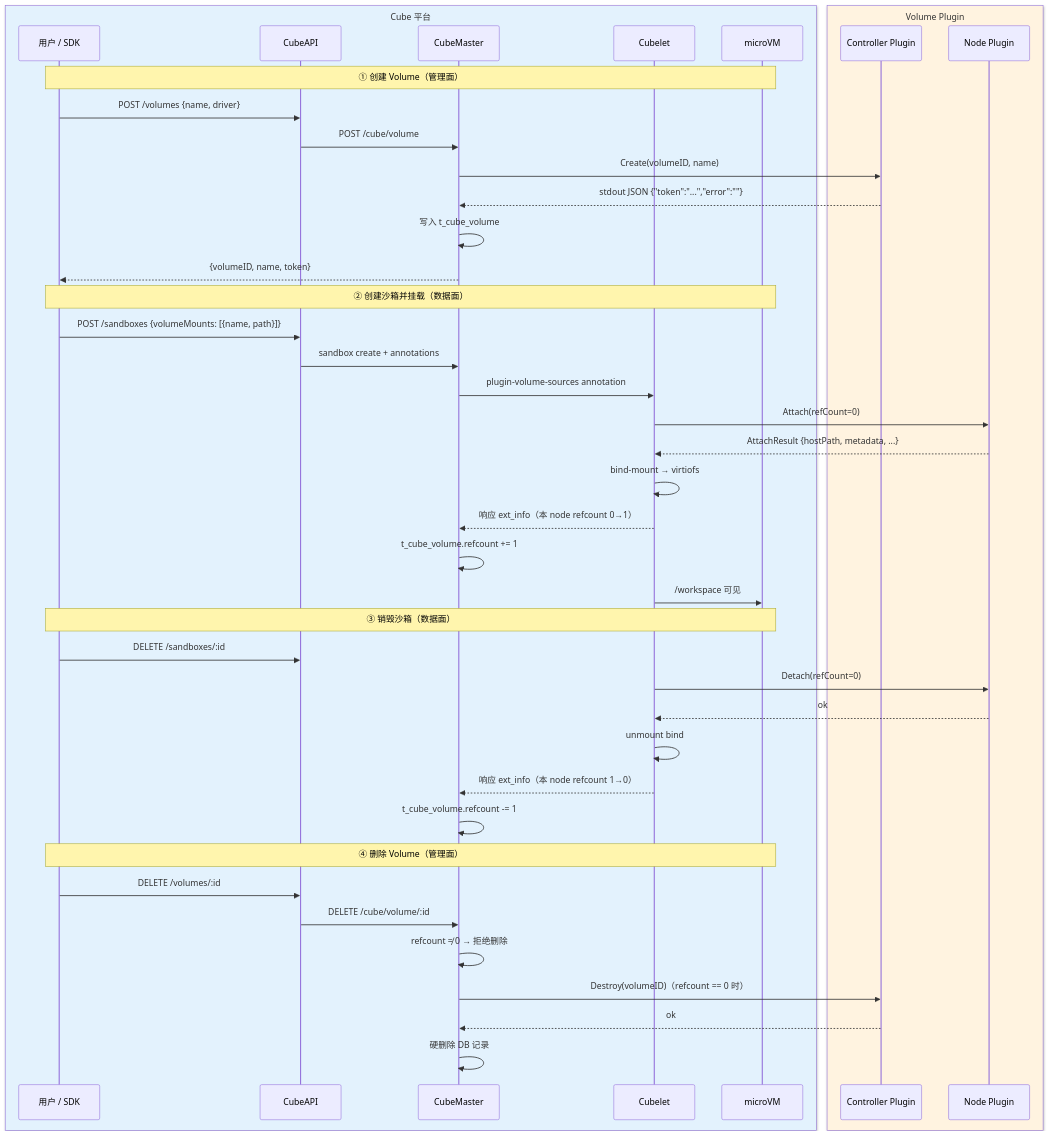
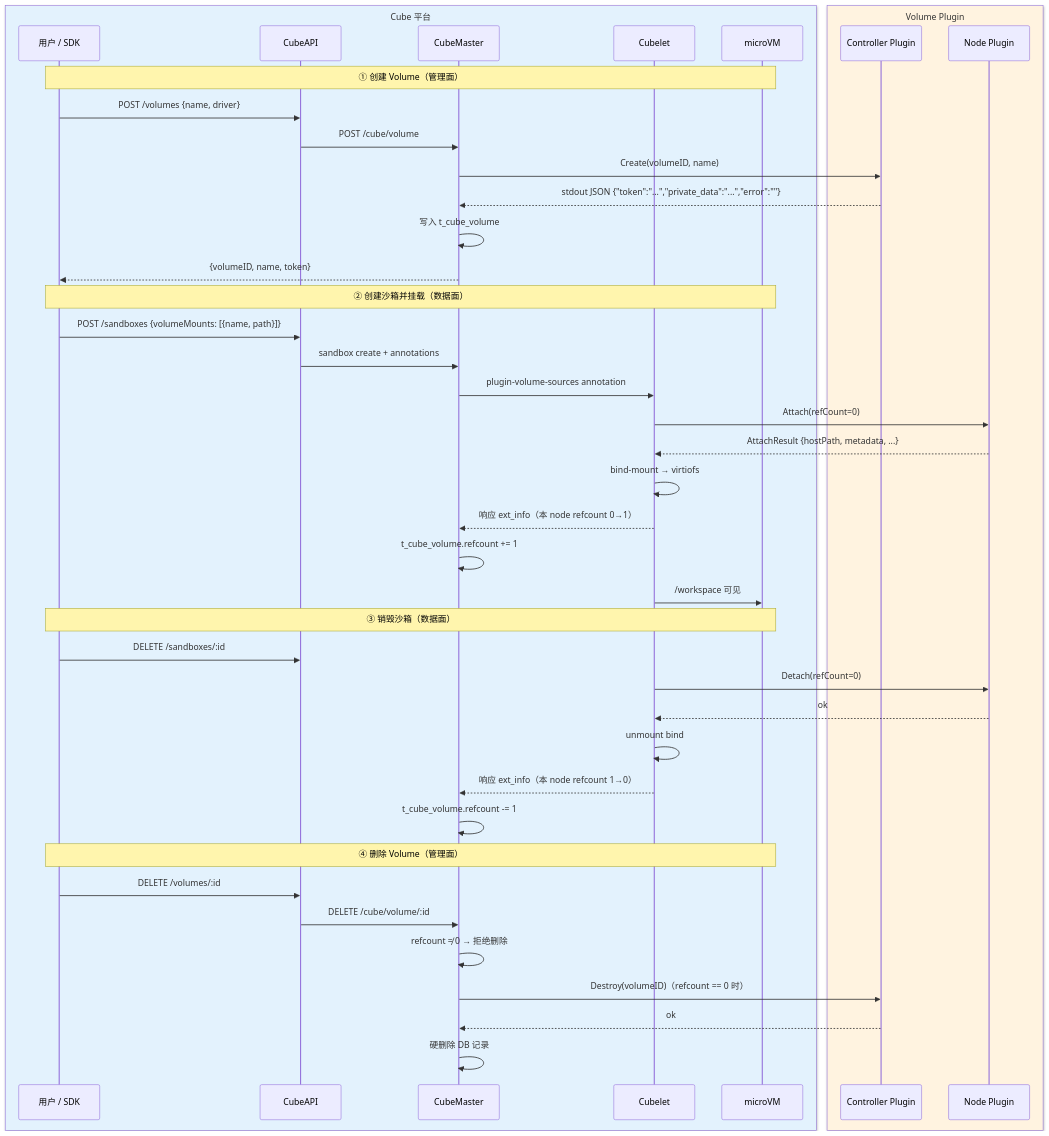
The fourth of 4 diagrams in docs/zh/guide/volume-plugin.md (TencentCloud/CubeSandbox), drawn with Mermaid before and after one commit. The commit also changed other lines of this file and 29 other files, not shown here.

First line of the commit message:
feat(volume): pass Create private_data through to Attach

````diff
--- a/docs/zh/guide/volume-plugin.md
+++ b/docs/zh/guide/volume-plugin.md
@@ -305,49 +309,49 @@
 ```mermaid
 sequenceDiagram
     box rgba(227,242,253,1) Cube 平台
         participant U as 用户 / SDK
         participant API as CubeAPI
         participant M as CubeMaster
         participant L as Cubelet
         participant VM as microVM
     end
     box rgba(255,243,224,1) Volume Plugin
         participant P as Controller Plugin
         participant N as Node Plugin
     end
 
     Note over U,VM: ① 创建 Volume（管理面）
     U->>API: POST /volumes {name, driver}
     API->>M: POST /cube/volume
     M->>P: Create(volumeID, name)
-    P-->>M: stdout JSON {"token":"...","error":""}
+    P-->>M: stdout JSON {"token":"...","private_data":"...","error":""}
     M->>M: 写入 t_cube_volume
     M-->>U: {volumeID, name, token}
 
     Note over U,VM: ② 创建沙箱并挂载（数据面）
     U->>API: POST /sandboxes {volumeMounts: [{name, path}]}
     API->>M: sandbox create + annotations
     M->>L: plugin-volume-sources annotation
     L->>N: Attach(refCount=0)
     N-->>L: AttachResult {hostPath, metadata, ...}
     L->>L: bind-mount → virtiofs
     L-->>M: 响应 ext_info（本 node refcount 0→1）
     M->>M: t_cube_volume.refcount += 1
     L->>VM: /workspace 可见
 
     Note over U,VM: ③ 销毁沙箱（数据面）
     U->>API: DELETE /sandboxes/:id
     L->>N: Detach(refCount=0)
     N-->>L: ok
     L->>L: unmount bind
     L-->>M: 响应 ext_info（本 node refcount 1→0）
     M->>M: t_cube_volume.refcount -= 1
 
     Note over U,VM: ④ 删除 Volume（管理面）
     U->>API: DELETE /volumes/:id
     API->>M: DELETE /cube/volume/:id
     M->>M: refcount ≠ 0 → 拒绝删除
     M->>P: Destroy(volumeID)（refcount == 0 时）
     P-->>M: ok
     M->>M: 硬删除 DB 记录
 ```
````
